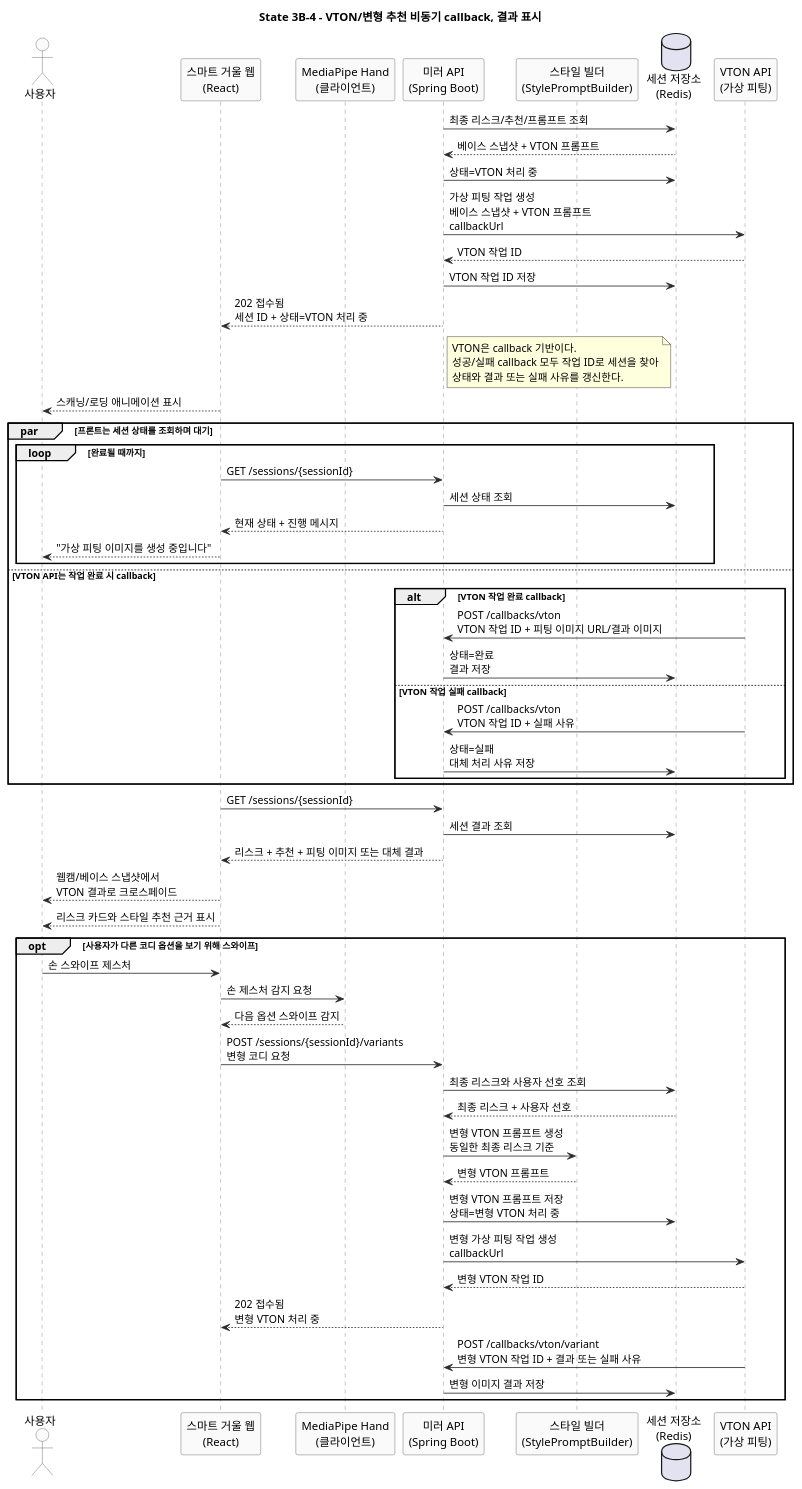
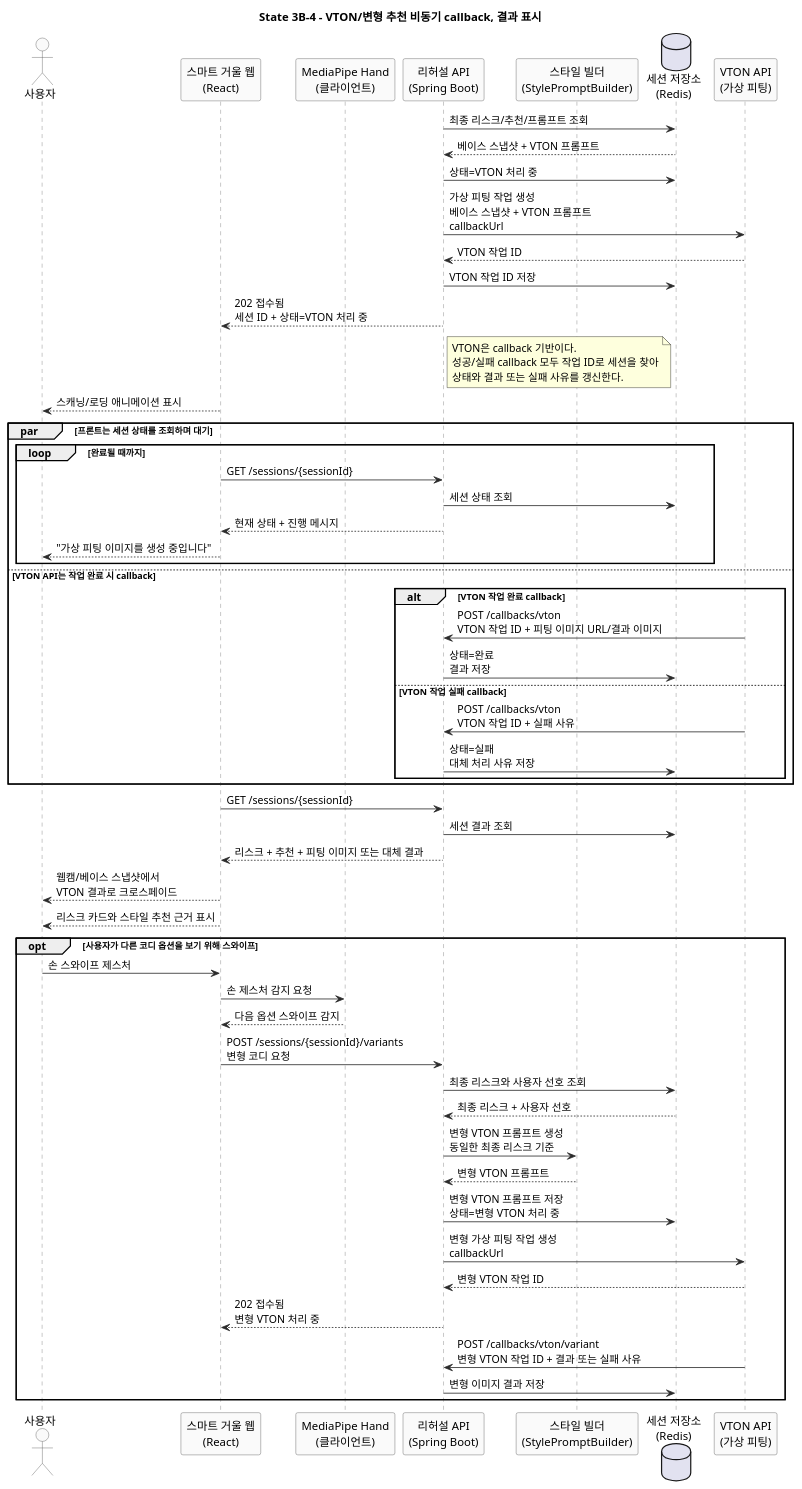
One commit to fhdnwlqkd/daily-rehearsal changed the diagram in backend/mirror-api/docs/sequence/04-vton-result-sequence.puml. Above: the diagram before and after it, drawn with PlantUML. The commit also changed 24 other files, not shown here.

```diff
--- a/backend/mirror-api/docs/sequence/04-vton-result-sequence.puml
+++ b/backend/mirror-api/docs/sequence/04-vton-result-sequence.puml
@@ -1,82 +1,82 @@
 @startuml
 title State 3B-4 - VTON/변형 추천 비동기 callback, 결과 표시
 
 skinparam responseMessageBelowArrow true
 skinparam sequence {
     ArrowColor #2B2B2B
     LifeLineBorderColor #777777
     LifeLineBackgroundColor #F7F7F7
     ParticipantBorderColor #555555
     ParticipantBackgroundColor #FAFAFA
     ActorBorderColor #555555
     ActorBackgroundColor #FAFAFA
 }
 
 actor "사용자" as user
 participant "스마트 거울 웹\n(React)" as web
 participant "MediaPipe Hand\n(클라이언트)" as hand
-participant "미러 API\n(Spring Boot)" as api
+participant "리허설 API\n(Spring Boot)" as api
 participant "스타일 빌더\n(StylePromptBuilder)" as styleBuilder
 database "세션 저장소\n(Redis)" as redis
 participant "VTON API\n(가상 피팅)" as vton
 
 api -> redis: 최종 리스크/추천/프롬프트 조회
 redis --> api: 베이스 스냅샷 + VTON 프롬프트
 
 api -> redis: 상태=VTON 처리 중
 api -> vton: 가상 피팅 작업 생성\n베이스 스냅샷 + VTON 프롬프트\ncallbackUrl
 vton --> api: VTON 작업 ID
 api -> redis: VTON 작업 ID 저장
 api --> web: 202 접수됨\n세션 ID + 상태=VTON 처리 중
 
 note right of api
 VTON은 callback 기반이다.
 성공/실패 callback 모두 작업 ID로 세션을 찾아
 상태와 결과 또는 실패 사유를 갱신한다.
 end note
 
 web --> user: 스캐닝/로딩 애니메이션 표시
 
 par 프론트는 세션 상태를 조회하며 대기
     loop 완료될 때까지
         web -> api: GET /sessions/{sessionId}
         api -> redis: 세션 상태 조회
         api --> web: 현재 상태 + 진행 메시지
         web --> user: "가상 피팅 이미지를 생성 중입니다"
     end
 else VTON API는 작업 완료 시 callback
     alt VTON 작업 완료 callback
         vton -> api: POST /callbacks/vton\nVTON 작업 ID + 피팅 이미지 URL/결과 이미지
         api -> redis: 상태=완료\n결과 저장
     else VTON 작업 실패 callback
         vton -> api: POST /callbacks/vton\nVTON 작업 ID + 실패 사유
         api -> redis: 상태=실패\n대체 처리 사유 저장
     end
 end
 
 web -> api: GET /sessions/{sessionId}
 api -> redis: 세션 결과 조회
 api --> web: 리스크 + 추천 + 피팅 이미지 또는 대체 결과
 web --> user: 웹캠/베이스 스냅샷에서\nVTON 결과로 크로스페이드
 web --> user: 리스크 카드와 스타일 추천 근거 표시
 
 opt 사용자가 다른 코디 옵션을 보기 위해 스와이프
     user -> web: 손 스와이프 제스처
     web -> hand: 손 제스처 감지 요청
     hand --> web: 다음 옵션 스와이프 감지
     web -> api: POST /sessions/{sessionId}/variants\n변형 코디 요청
 
     api -> redis: 최종 리스크와 사용자 선호 조회
     redis --> api: 최종 리스크 + 사용자 선호
     api -> styleBuilder: 변형 VTON 프롬프트 생성\n동일한 최종 리스크 기준
     styleBuilder --> api: 변형 VTON 프롬프트
     api -> redis: 변형 VTON 프롬프트 저장\n상태=변형 VTON 처리 중
     api -> vton: 변형 가상 피팅 작업 생성\ncallbackUrl
     vton --> api: 변형 VTON 작업 ID
     api --> web: 202 접수됨\n변형 VTON 처리 중
 
     vton -> api: POST /callbacks/vton/variant\n변형 VTON 작업 ID + 결과 또는 실패 사유
     api -> redis: 변형 이미지 결과 저장
 end
 
 @enduml
```
